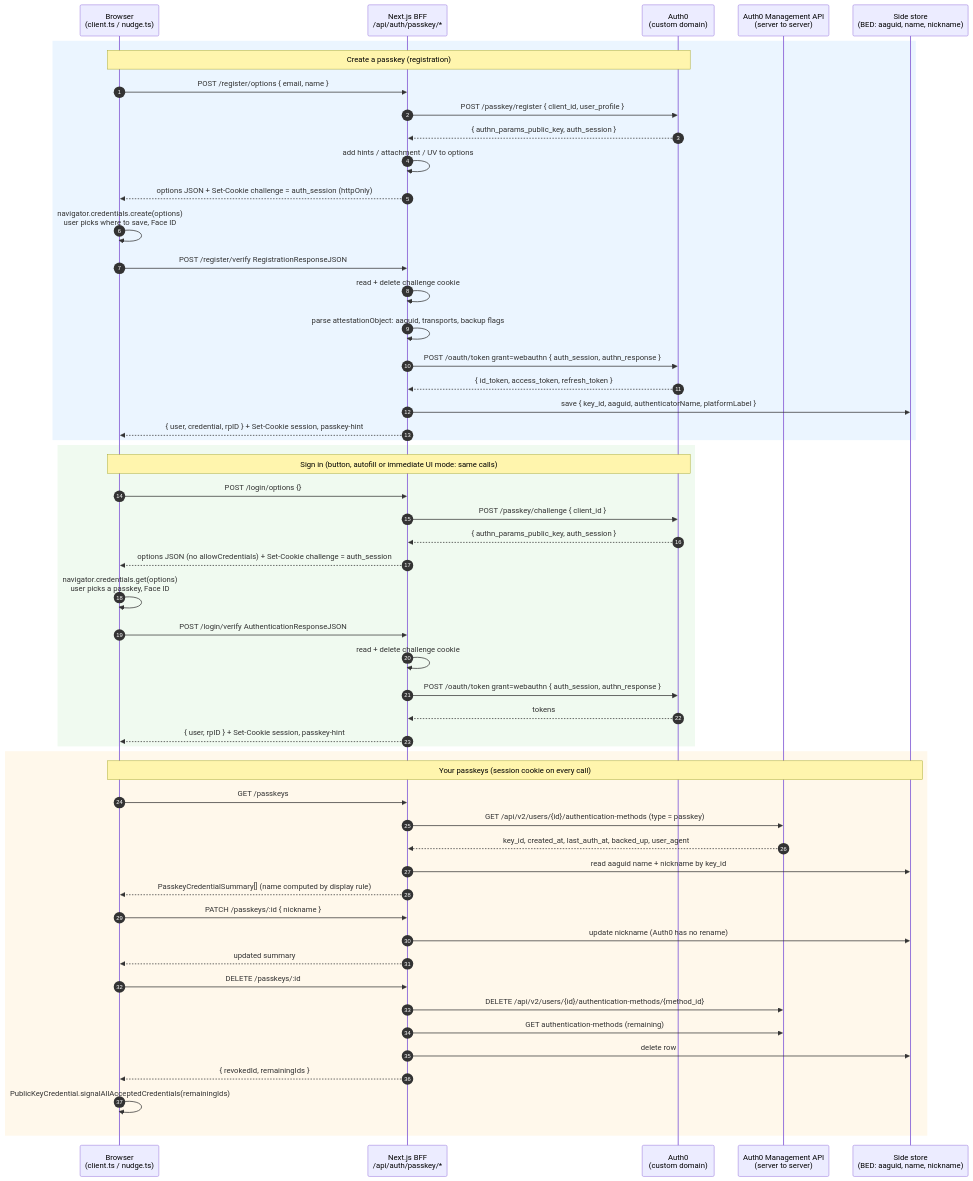
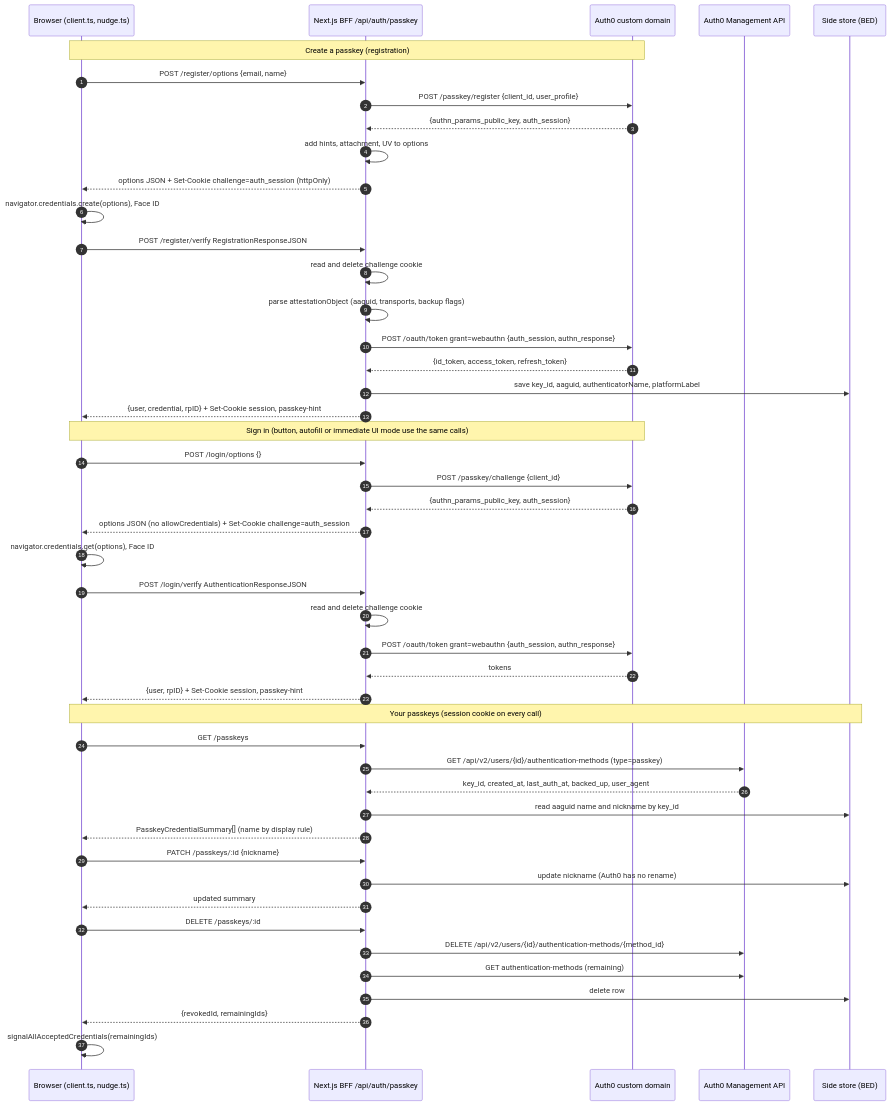
Before and after one commit to santakrishnan/ecommerce-fumadocs: the diagram in docs/PASSKEY-AUTH0-MAPPING.md, drawn with Mermaid. The commit also changed 2 other files, not shown here.

Commit message:
docs: fix sequence diagram syntax, add rendered PNG
Claude-Session: https://claude.ai/code/session_01CDEjXPVo7B2uM1CWCqrTHW

````diff
--- a/docs/PASSKEY-AUTH0-MAPPING.md
+++ b/docs/PASSKEY-AUTH0-MAPPING.md
@@ -144,60 +144,52 @@
 ```mermaid
 sequenceDiagram
     autonumber
-    participant B as Browser<br/>(client.ts / nudge.ts)
-    participant P as Next.js BFF<br/>/api/auth/passkey/*
-    participant A as Auth0<br/>(custom domain)
-    participant M as Auth0 Management API<br/>(server to server)
-    participant S as Side store<br/>(BED: aaguid, name, nickname)
+    participant B as Browser (client.ts, nudge.ts)
+    participant P as Next.js BFF /api/auth/passkey
+    participant A as Auth0 custom domain
+    participant M as Auth0 Management API
+    participant S as Side store (BED)
 
-    rect rgb(235, 245, 255)
-    note over B,A: Create a passkey (registration)
-    B->>P: POST /register/options { email, name }
-    P->>A: POST /passkey/register { client_id, user_profile }
-    A-->>P: { authn_params_public_key, auth_session }
-    P->>P: add hints / attachment / UV to options
-    P-->>B: options JSON + Set-Cookie challenge = auth_session (httpOnly)
-    B->>B: navigator.credentials.create(options)<br/>user picks where to save, Face ID
+    Note over B,A: Create a passkey (registration)
+    B->>P: POST /register/options {email, name}
+    P->>A: POST /passkey/register {client_id, user_profile}
+    A-->>P: {authn_params_public_key, auth_session}
+    P->>P: add hints, attachment, UV to options
+    P-->>B: options JSON + Set-Cookie challenge=auth_session (httpOnly)
+    B->>B: navigator.credentials.create(options), Face ID
     B->>P: POST /register/verify RegistrationResponseJSON
-    P->>P: read + delete challenge cookie
-    P->>P: parse attestationObject: aaguid, transports, backup flags
-    P->>A: POST /oauth/token grant=webauthn { auth_session, authn_response }
-    A-->>P: { id_token, access_token, refresh_token }
-    P->>S: save { key_id, aaguid, authenticatorName, platformLabel }
-    P-->>B: { user, credential, rpID } + Set-Cookie session, passkey-hint
-    end
+    P->>P: read and delete challenge cookie
+    P->>P: parse attestationObject (aaguid, transports, backup flags)
+    P->>A: POST /oauth/token grant=webauthn {auth_session, authn_response}
+    A-->>P: {id_token, access_token, refresh_token}
+    P->>S: save key_id, aaguid, authenticatorName, platformLabel
+    P-->>B: {user, credential, rpID} + Set-Cookie session, passkey-hint
 
-    rect rgb(240, 250, 240)
-    note over B,A: Sign in (button, autofill or immediate UI mode: same calls)
+    Note over B,A: Sign in (button, autofill or immediate UI mode use the same calls)
     B->>P: POST /login/options {}
-    P->>A: POST /passkey/challenge { client_id }
-    A-->>P: { authn_params_public_key, auth_session }
-    P-->>B: options JSON (no allowCredentials) + Set-Cookie challenge = auth_session
-    B->>B: navigator.credentials.get(options)<br/>user picks a passkey, Face ID
+    P->>A: POST /passkey/challenge {client_id}
+    A-->>P: {authn_params_public_key, auth_session}
+    P-->>B: options JSON (no allowCredentials) + Set-Cookie challenge=auth_session
+    B->>B: navigator.credentials.get(options), Face ID
     B->>P: POST /login/verify AuthenticationResponseJSON
-    P->>P: read + delete challenge cookie
-    P->>A: POST /oauth/token grant=webauthn { auth_session, authn_response }
+    P->>P: read and delete challenge cookie
+    P->>A: POST /oauth/token grant=webauthn {auth_session, authn_response}
     A-->>P: tokens
-    P-->>B: { user, rpID } + Set-Cookie session, passkey-hint
-    end
+    P-->>B: {user, rpID} + Set-Cookie session, passkey-hint
 
-    rect rgb(255, 248, 235)
-    note over B,S: Your passkeys (session cookie on every call)
+    Note over B,S: Your passkeys (session cookie on every call)
     B->>P: GET /passkeys
-    P->>M: GET /api/v2/users/{id}/authentication-methods (type = passkey)
+    P->>M: GET /api/v2/users/{id}/authentication-methods (type=passkey)
     M-->>P: key_id, created_at, last_auth_at, backed_up, user_agent
-    P->>S: read aaguid name + nickname by key_id
-    P-->>B: PasskeyCredentialSummary[] (name computed by display rule)
-
-    B->>P: PATCH /passkeys/:id { nickname }
+    P->>S: read aaguid name and nickname by key_id
+    P-->>B: PasskeyCredentialSummary[] (name by display rule)
+    B->>P: PATCH /passkeys/:id {nickname}
     P->>S: update nickname (Auth0 has no rename)
     P-->>B: updated summary
-
     B->>P: DELETE /passkeys/:id
     P->>M: DELETE /api/v2/users/{id}/authentication-methods/{method_id}
     P->>M: GET authentication-methods (remaining)
     P->>S: delete row
-    P-->>B: { revokedId, remainingIds }
-    B->>B: PublicKeyCredential.signalAllAcceptedCredentials(remainingIds)
-    end
+    P-->>B: {revokedId, remainingIds}
+    B->>B: signalAllAcceptedCredentials(remainingIds)
 ```
````
